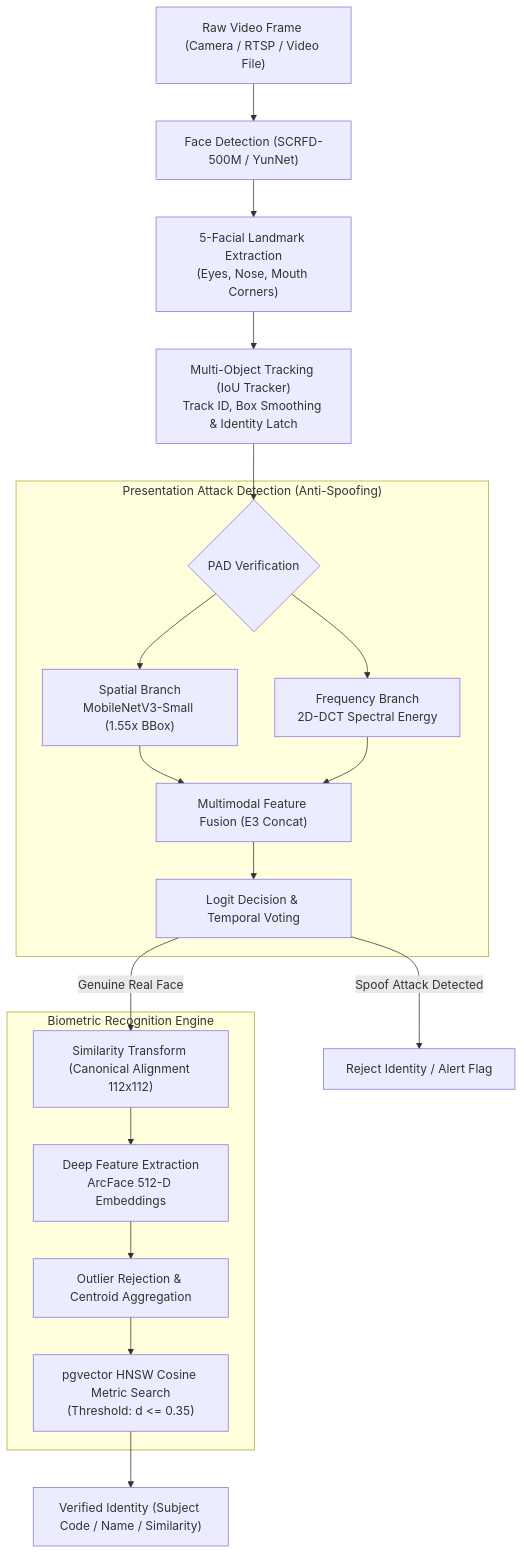
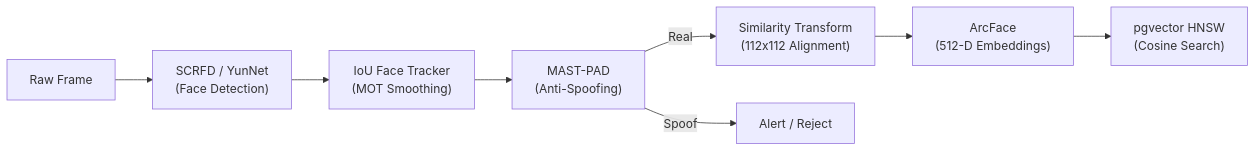
The diagram in README.md (locngodev6205/face-auth), drawn with Mermaid before and after one commit. The commit also changed other lines of this file, not shown here.

First line of the commit message:
docs: rewrite README to synthesize MAST-PAD research paper and fix rendering errors

````diff
--- a/README.md
+++ b/README.md
@@ -44,26 +207,10 @@
 ```mermaid
-flowchart TD
-    A["Raw Video Frame (Camera / RTSP / Video File)"] --> B["Face Detection (SCRFD-500M / YunNet)"]
-    B --> C["5-Facial Landmark Extraction\n(Eyes, Nose, Mouth Corners)"]
-    C --> D["Multi-Object Tracking (IoU Tracker)\nTrack ID, Box Smoothing & Identity Latch"]
-
-    D --> E{"PAD Verification"}
-
-    subgraph PAD_Module ["Presentation Attack Detection (Anti-Spoofing)"]
-        E --> F1["Spatial Branch\nMobileNetV3-Small (1.55x BBox)"]
-        E --> F2["Frequency Branch\n2D-DCT Spectral Energy"]
-        F1 & F2 --> F3["Multimodal Feature Fusion (E3 Concat)"]
-        F3 --> F4["Logit Decision & Temporal Voting"]
-    end
-
-    F4 -->|Spoof Attack Detected| G["Reject Identity / Alert Flag"]
-    F4 -->|Genuine Real Face| H["Similarity Transform (Canonical Alignment 112x112)"]
-
-    subgraph Recognition_Engine ["Biometric Recognition Engine"]
-        H --> I["Deep Feature Extraction\nArcFace 512-D Embeddings"]
-        I --> J["Outlier Rejection & Centroid Aggregation"]
-        J --> K["pgvector HNSW Cosine Metric Search\n(Threshold: d <= 0.35)"]
-    end
-
-    K --> L["Verified Identity (Subject Code / Name / Similarity)"]
+flowchart LR
+    A["Raw Frame"] --> B["SCRFD / YunNet\n(Face Detection)"]
+    B --> C["IoU Face Tracker\n(MOT Smoothing)"]
+    C --> D["MAST-PAD\n(Anti-Spoofing)"]
+    D -->|Real| E["Similarity Transform\n(112x112 Alignment)"]
+    D -->|Spoof| F["Alert / Reject"]
+    E --> G["ArcFace\n(512-D Embeddings)"]
+    G --> H["pgvector HNSW\n(Cosine Search)"]
 ```
````
